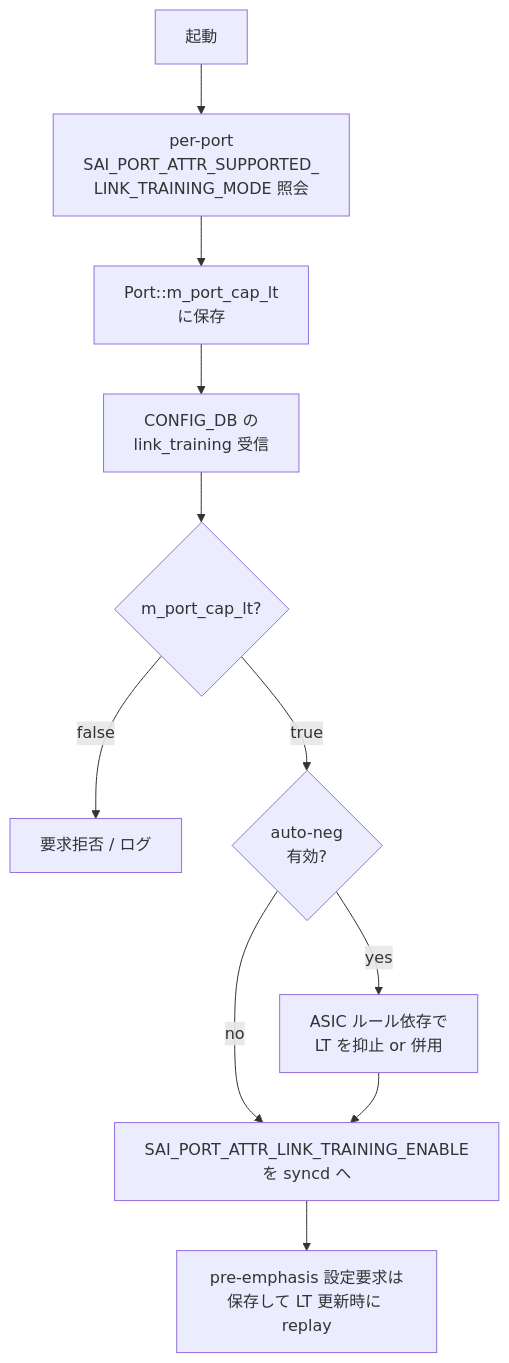
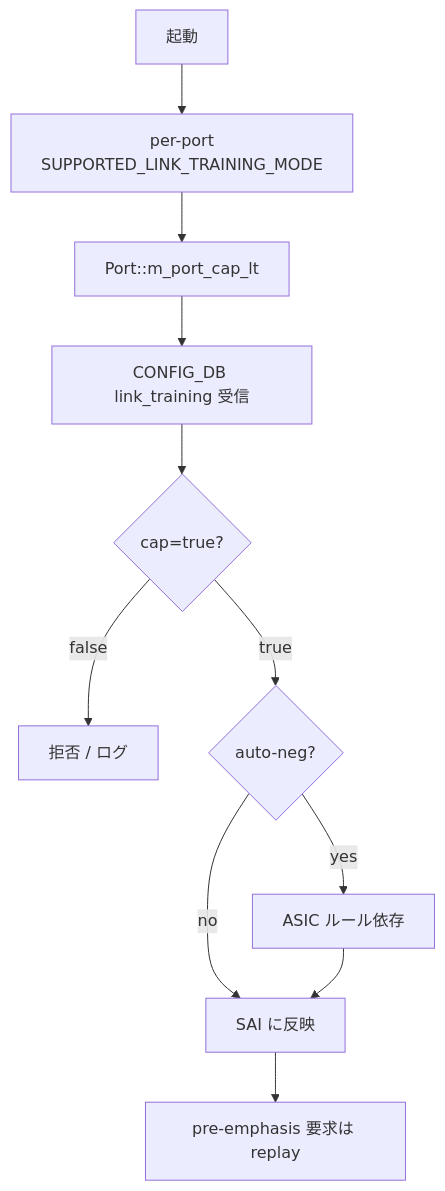
Before and after one commit to aoki-taquan/sonic-unofficial-docs: the diagram in docs/architecture/sonic-port-link-training-design.md, drawn with Mermaid. The commit also changed other lines of this file and 4 other files, not shown here.

First line of the commit message:
[quality] HLD architecture 5 件 再構成

````diff
--- a/docs/architecture/sonic-port-link-training-design.md
+++ b/docs/architecture/sonic-port-link-training-design.md
@@ -121,13 +72,13 @@
 ```mermaid
 flowchart TB
-    BOOT[起動] --> Q[per-port<br/>SAI_PORT_ATTR_SUPPORTED_<br/>LINK_TRAINING_MODE 照会]
-    Q --> CAP[Port::m_port_cap_lt<br/>に保存]
-    CAP --> CFG[CONFIG_DB の<br/>link_training 受信]
-    CFG --> CHK{m_port_cap_lt?}
-    CHK -- false --> SKIP[要求拒否 / ログ]
-    CHK -- true --> AN{auto-neg<br/>有効?}
-    AN -- yes --> ANRULE[ASIC ルール依存で<br/>LT を抑止 or 併用]
-    AN -- no --> SET[SAI_PORT_ATTR_LINK_TRAINING_ENABLE<br/>を syncd へ]
+    BOOT[起動] --> Q[per-port<br/>SUPPORTED_LINK_TRAINING_MODE]
+    Q --> CAP[Port::m_port_cap_lt]
+    CAP --> CFG[CONFIG_DB link_training 受信]
+    CFG --> CHK{cap=true?}
+    CHK -- false --> SKIP[拒否 / ログ]
+    CHK -- true --> AN{auto-neg?}
+    AN -- yes --> ANRULE[ASIC ルール依存]
+    AN -- no --> SET[SAI に反映]
     ANRULE --> SET
-    SET --> SAVE[pre-emphasis 設定要求は<br/>保存して LT 更新時に replay]
+    SET --> SAVE[pre-emphasis 要求は replay]
 ```
````
